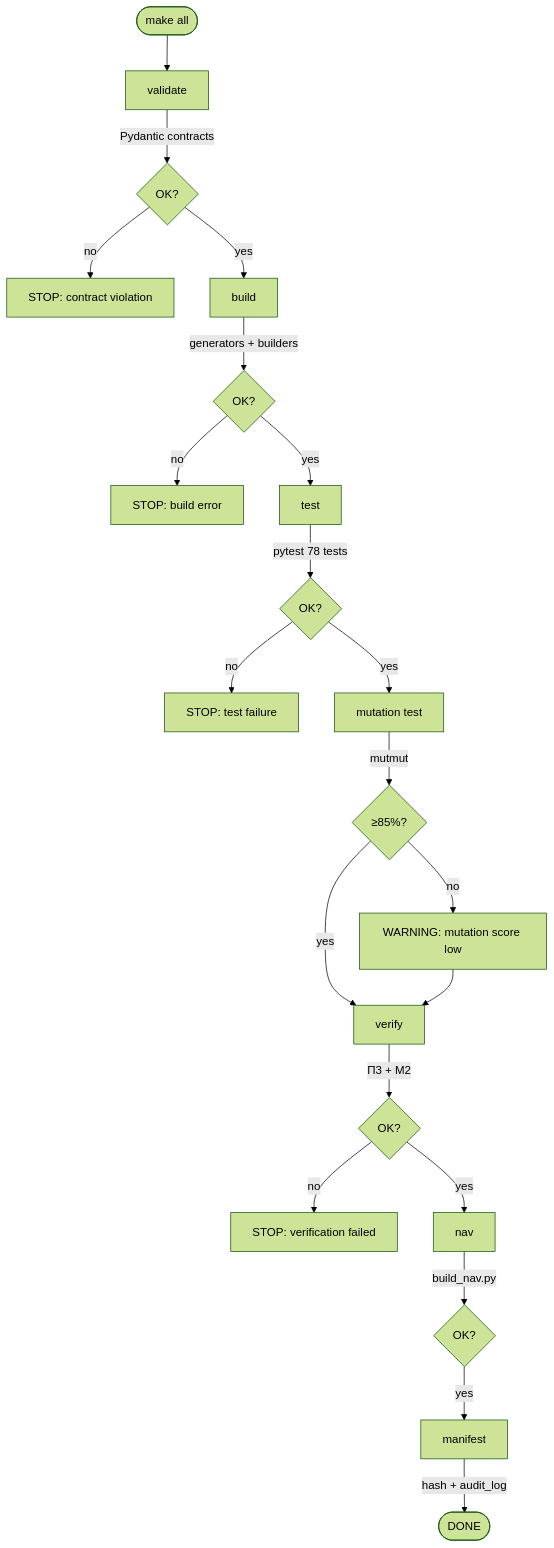
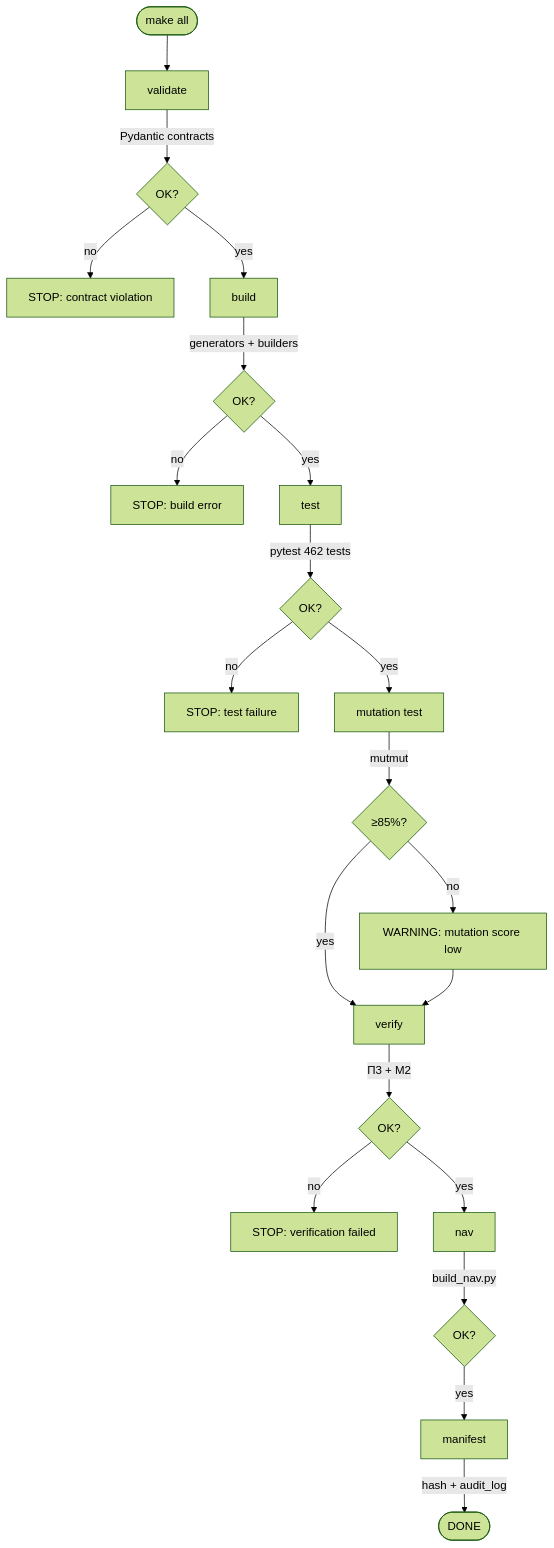
One commit to Noldorwarrior/TrendStudio-Holding changed the third of 3 diagrams in ARCHITECTURE.md. Above: the diagram before and after it, drawn with Mermaid (forest theme). The commit also changed other lines of this file and 6 other files, not shown here.

````diff
--- a/ARCHITECTURE.md
+++ b/ARCHITECTURE.md
@@ -1037,29 +1037,29 @@
 ```mermaid
 flowchart TB
     Start([make all]) --> V[validate]
     V -->|Pydantic contracts| V_ok{OK?}
     V_ok -->|no| FAIL1[STOP: contract violation]
     V_ok -->|yes| B[build]
 
     B -->|generators + builders| B_ok{OK?}
     B_ok -->|no| FAIL2[STOP: build error]
     B_ok -->|yes| T[test]
 
-    T -->|pytest 78 tests| T_ok{OK?}
+    T -->|pytest 462 tests| T_ok{OK?}
     T_ok -->|no| FAIL3[STOP: test failure]
     T_ok -->|yes| MUT[mutation test]
 
     MUT -->|mutmut| MUT_ok{≥85%?}
     MUT_ok -->|no| WARN[WARNING: mutation score low]
     MUT_ok -->|yes| VER[verify]
 
     VER -->|П3 + М2| VER_ok{OK?}
     VER_ok -->|no| FAIL4[STOP: verification failed]
     VER_ok -->|yes| N[nav]
 
     N -->|build_nav.py| N_ok{OK?}
     N_ok -->|yes| M[manifest]
     WARN --> VER
 
     M -->|hash + audit_log| Done([DONE])
 ```
````
